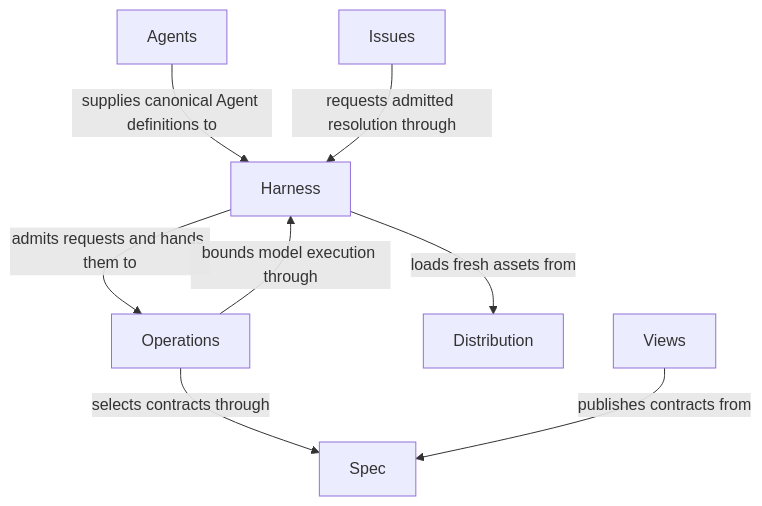
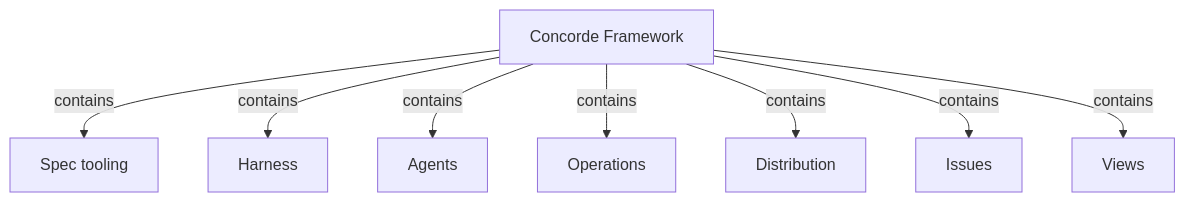
The diagram in specs/concorde/module.md (FTOD/concorde), drawn with Mermaid before and after one commit. The commit also changed other lines of this file and 370 other files, not shown here.

First line of the commit message:
Rewrite Concorde's Specs and Spec tooling for Protocol 11

````diff
--- a/specs/concorde/module.md
+++ b/specs/concorde/module.md
@@ -150,19 +94,20 @@
 ```mermaid
 flowchart TB
-    accTitle: Operations and shared execution services
-    accDescr: Harness admits every request and hands it to Operations, which dispatches it to the behavior provider that owns it. Operations bounds model execution through Harness and selects contracts through Spec. Distribution, Issues and Views support distinct Agent, Workflow, Operation and Host-service execution kinds without changing Module ownership.
-    agents["Agents"]
-    operations["Operations"]
-    harness["Harness"]
-    spec["Spec"]
-    distribution["Distribution"]
-    issues["Issues"]
-    views["Views"]
-    agents -->|supplies canonical Agent definitions to| harness
-    harness -->|admits requests and hands them to| operations
-    operations -->|bounds model execution through| harness
-    operations -->|selects contracts through| spec
-    harness -->|loads fresh assets from| distribution
-    issues -->|requests admitted resolution through| harness
-    views -->|publishes contracts from| spec
+    accTitle: The Modules of the Concorde Framework
+    accDescr: The root Module contains seven Modules. Harness and Operations are themselves composites.
+    root[Concorde Framework]
+    spec[Spec tooling]
+    harness[Harness]
+    agents[Agents]
+    operations[Operations]
+    distribution[Distribution]
+    issues[Issues]
+    views[Views]
+    root -->|contains| spec
+    root -->|contains| harness
+    root -->|contains| agents
+    root -->|contains| operations
+    root -->|contains| distribution
+    root -->|contains| issues
+    root -->|contains| views
 ```
````
